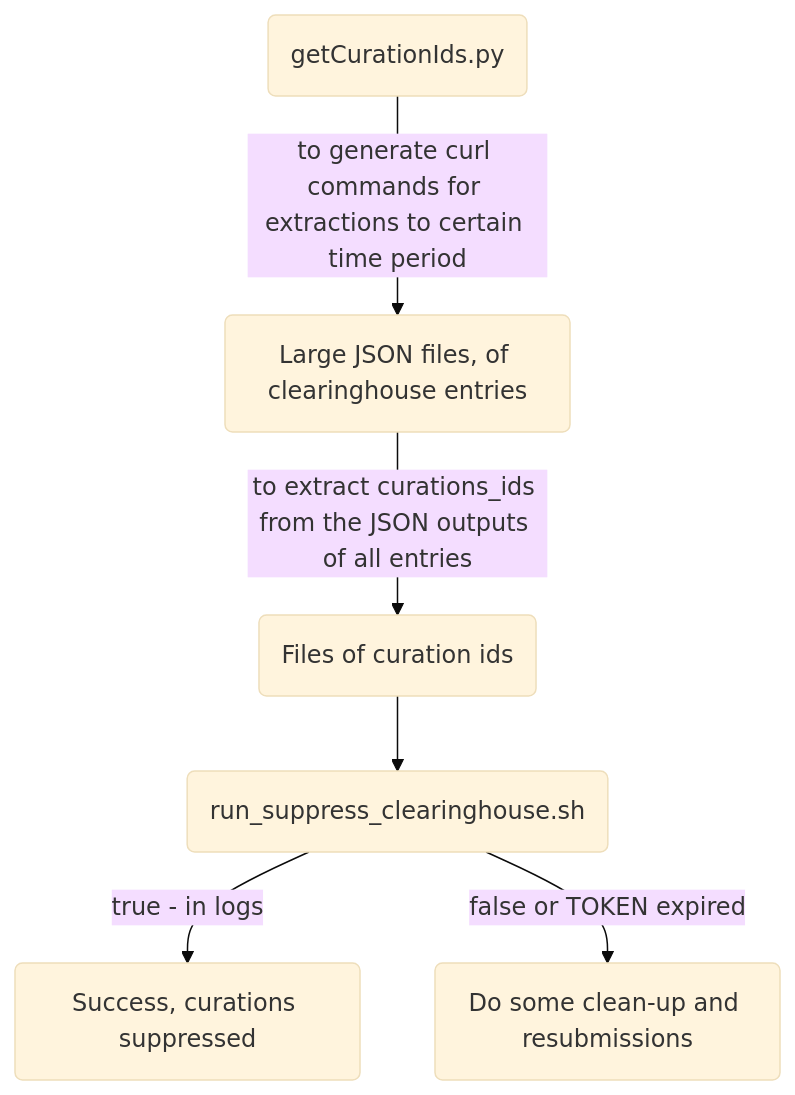
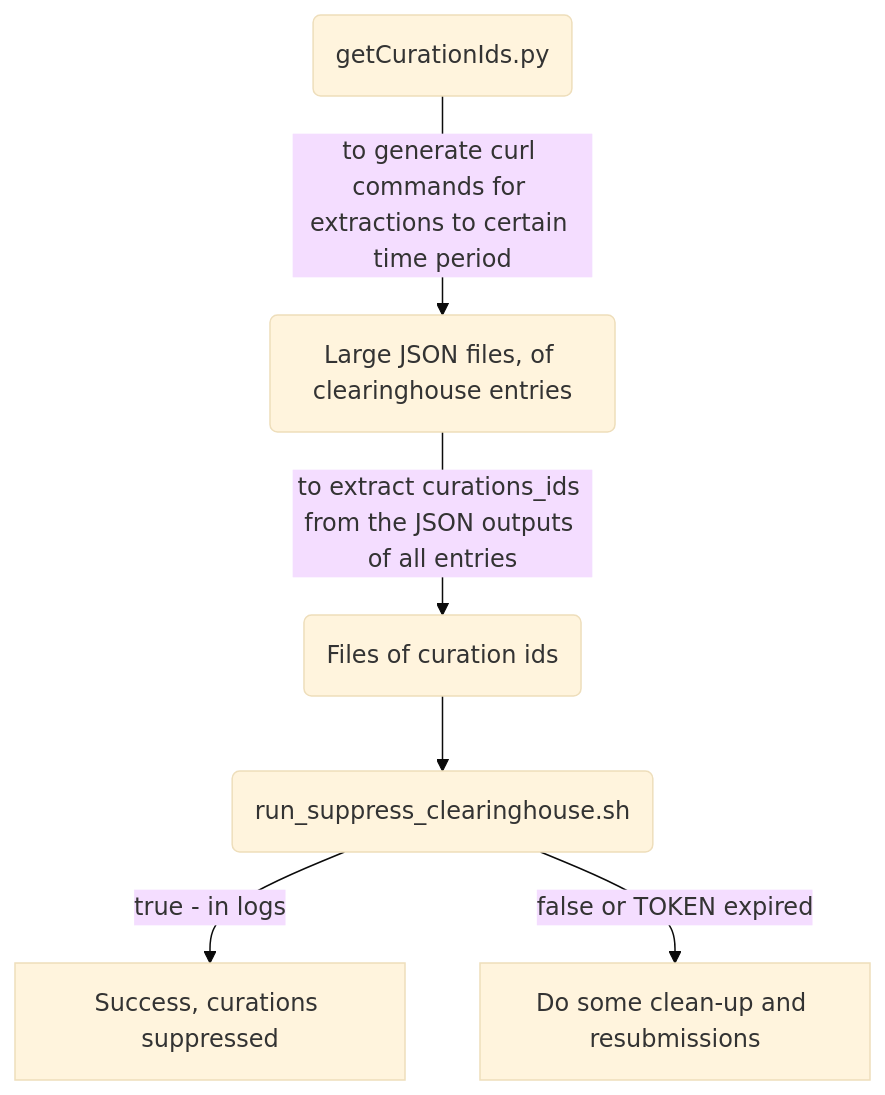
The third of 4 diagrams in docs/script_documentation.md (Woolly-at-EBI/BlueCloudMetadataEnhancement), drawn with Mermaid (base theme) before and after one commit. The commit also changed other lines of this file, not shown here.

Commit message:
added the flow for checking for duplicates

````diff
--- a/docs/script_documentation.md
+++ b/docs/script_documentation.md
@@ -104,8 +106,8 @@
 ```mermaid
 graph TD;
     A(getCurationIds.py) -- to generate curl commands for extractions to certain time period -->B(Large JSON files, of clearinghouse entries);
     B-- to extract curations_ids from the JSON outputs of all entries -->C(Files of curation ids);
     C-->D(run_suppress_clearinghouse.sh);
-    D-- true - in logs -->E(Success, curations suppressed)
-    D-- "false or TOKEN expired" -->F("Do some clean-up and resubmissions")
+    D-- true - in logs -->E[Success, curations suppressed]
+    D-- "false or TOKEN expired" -->F["Do some clean-up and resubmissions"]
 ```
````
